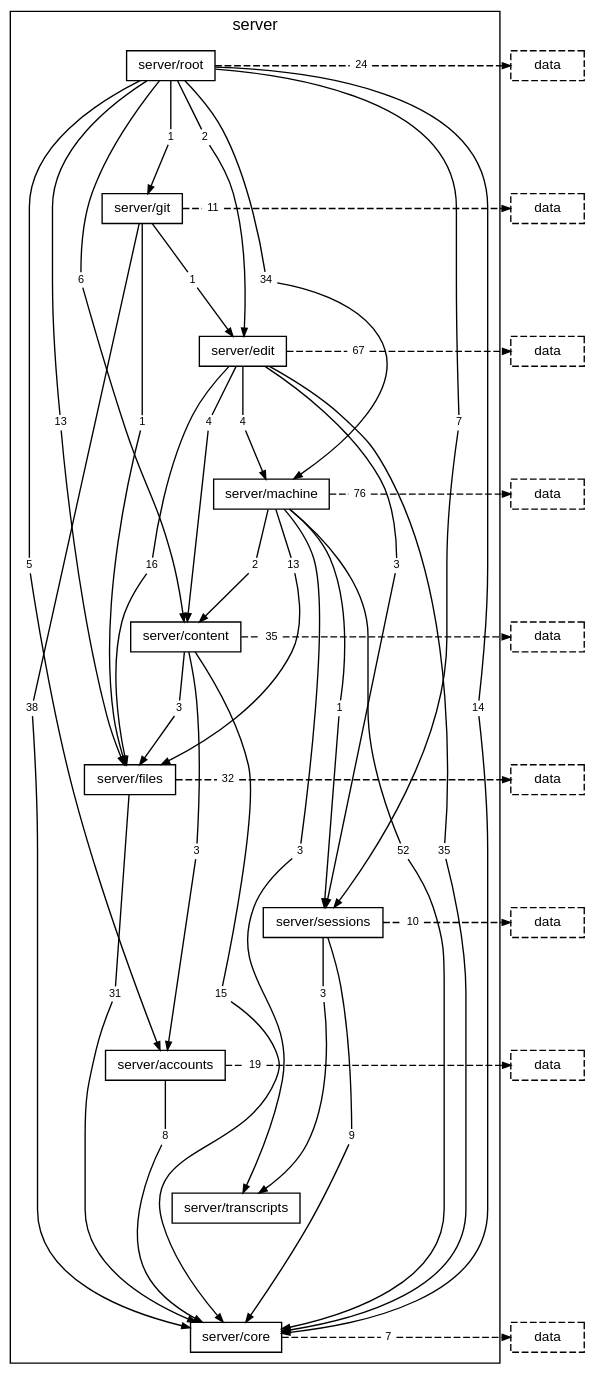
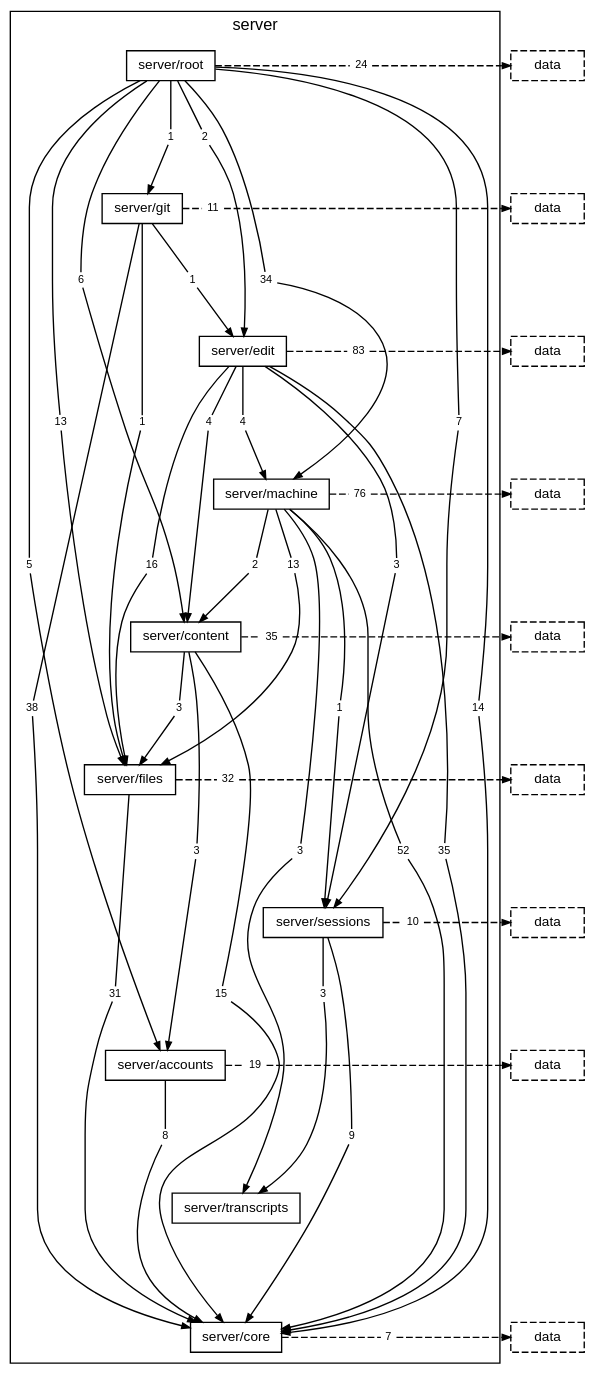
Before and after one commit to TheAxeC/oculus: the diagram in docs/diagrams/layer-server.dot, drawn with Graphviz. The commit also changed 153 other files, not shown here.

```diff
--- a/docs/diagrams/layer-server.dot
+++ b/docs/diagrams/layer-server.dot
@@ -32,7 +32,7 @@
         "folder server/edit to folder server/files" [label="16", shape=box, color="transparent", fontsize=8, width=0, height=0, margin="0.04,0.02"];
         "folder server/edit to folder server/machine" [label="4", shape=box, color="transparent", fontsize=8, width=0, height=0, margin="0.04,0.02"];
         "folder server/edit to folder server/sessions" [label="3", shape=box, color="transparent", fontsize=8, width=0, height=0, margin="0.04,0.02"];
-        "folder server/edit to layer data" [label="67", shape=box, color="transparent", fontsize=8, width=0, height=0, margin="0.04,0.02"];
+        "folder server/edit to layer data" [label="83", shape=box, color="transparent", fontsize=8, width=0, height=0, margin="0.04,0.02"];
         "folder server/machine to folder server/content" [label="2", shape=box, color="transparent", fontsize=8, width=0, height=0, margin="0.04,0.02"];
         "folder server/machine to folder server/core" [label="52", shape=box, color="transparent", fontsize=8, width=0, height=0, margin="0.04,0.02"];
         "folder server/machine to folder server/files" [label="13", shape=box, color="transparent", fontsize=8, width=0, height=0, margin="0.04,0.02"];
```
